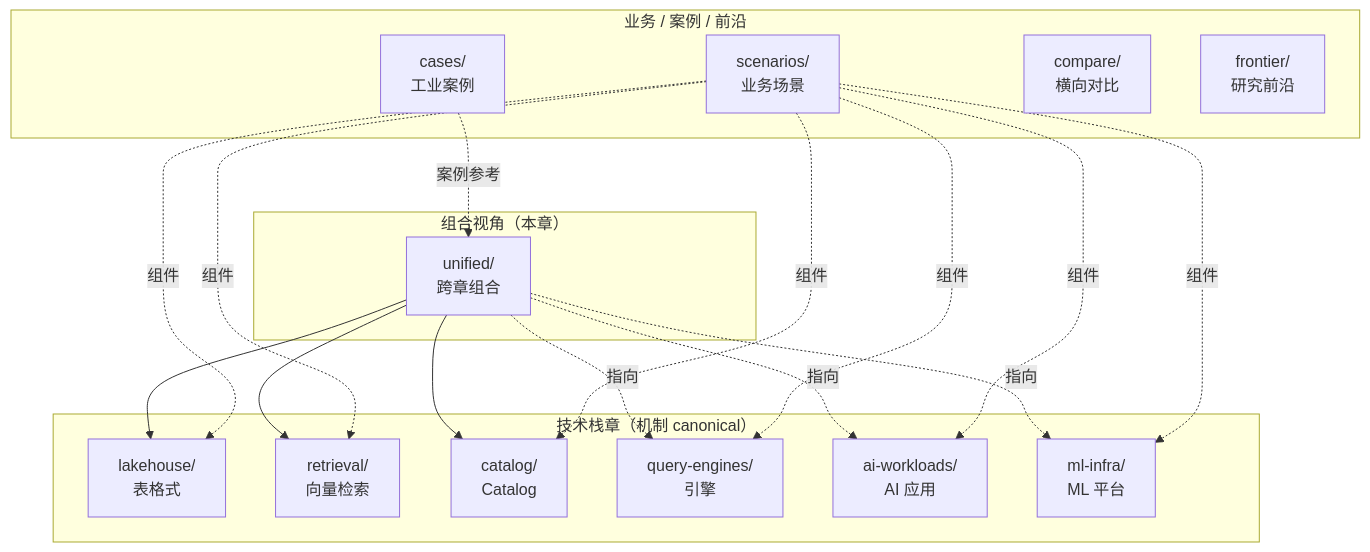
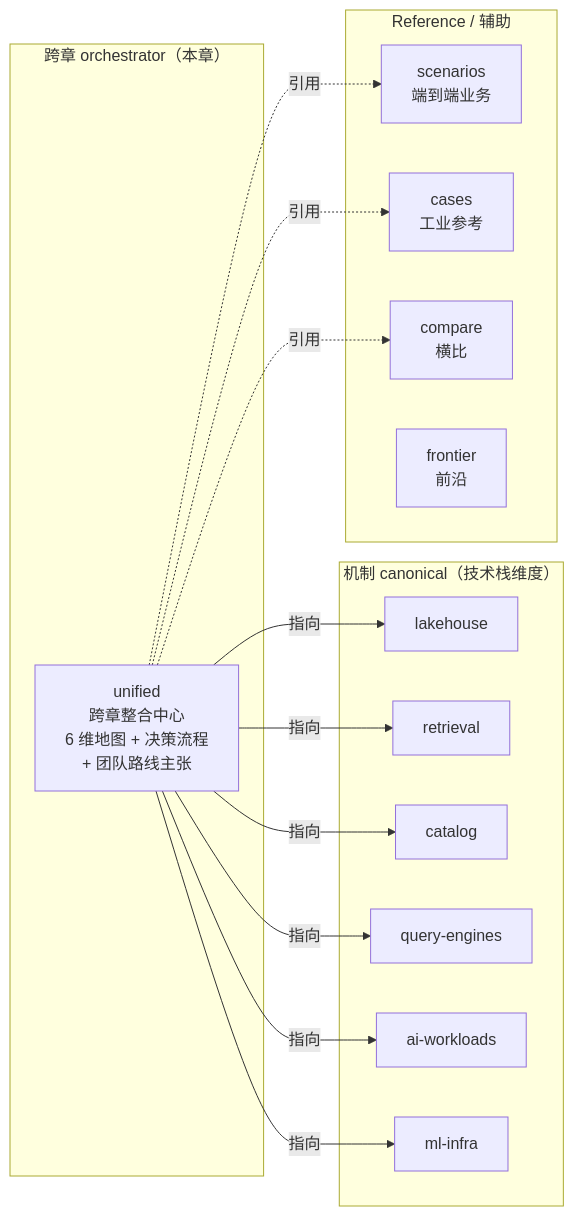
Before and after one commit to wangyong9999/lakehouse-wiki: the second of 2 diagrams in docs/unified/index.md, drawn with Mermaid. The commit also changed other lines of this file and 2 other files, not shown here.

First line of the commit message:
S30 · unified/ 升级为跨章整合 orchestrator · 观点/知识分层标注

````diff
--- a/docs/unified/index.md
+++ b/docs/unified/index.md
@@ -60,27 +230,25 @@
 ```mermaid
-flowchart TB
-  subgraph "技术栈章（机制 canonical）"
-    lh[lakehouse/<br/>表格式]
-    ret[retrieval/<br/>向量检索]
-    cat[catalog/<br/>Catalog]
-    qe[query-engines/<br/>引擎]
-    ai[ai-workloads/<br/>AI 应用]
-    ml[ml-infra/<br/>ML 平台]
+flowchart LR
+  subgraph "机制 canonical（技术栈维度）"
+    lh[lakehouse]
+    ret[retrieval]
+    cat[catalog]
+    qe[query-engines]
+    ai[ai-workloads]
+    ml[ml-infra]
   end
   
-  subgraph "组合视角（本章）"
-    uni[unified/<br/>跨章组合]
+  subgraph "跨章 orchestrator（本章）"
+    uni[unified<br/>跨章整合中心<br/>6 维地图 + 决策流程<br/>+ 团队路线主张]
   end
   
-  subgraph "业务 / 案例 / 前沿"
-    sc[scenarios/<br/>业务场景]
-    cs[cases/<br/>工业案例]
-    cmp[compare/<br/>横向对比]
-    fr[frontier/<br/>研究前沿]
+  subgraph "Reference / 辅助"
+    sc[scenarios<br/>端到端业务]
+    cs[cases<br/>工业参考]
+    cmp[compare<br/>横比]
+    fr[frontier<br/>前沿]
   end
   
-  uni --> lh & ret & cat
-  uni -.指向.-> qe & ai & ml
-  sc -.组件.-> lh & ret & cat & qe & ai & ml
-  cs -.案例参考.-> uni
+  uni -->|指向| lh & ret & cat & qe & ai & ml
+  uni -.引用.-> cs & sc & cmp
 ```
````
